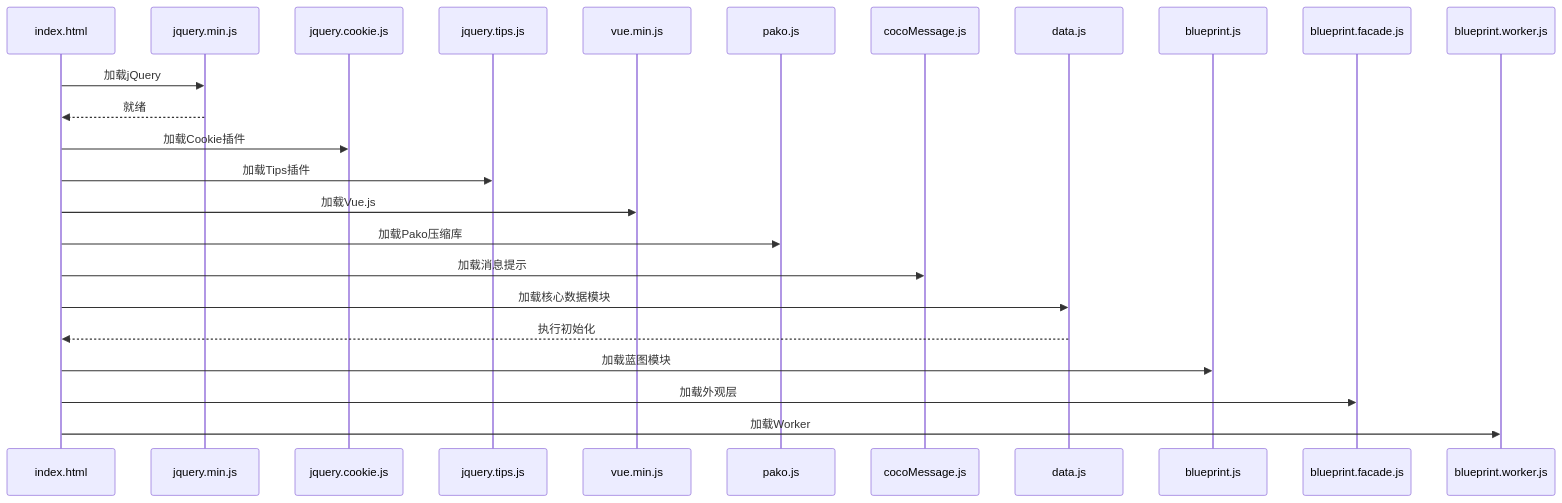
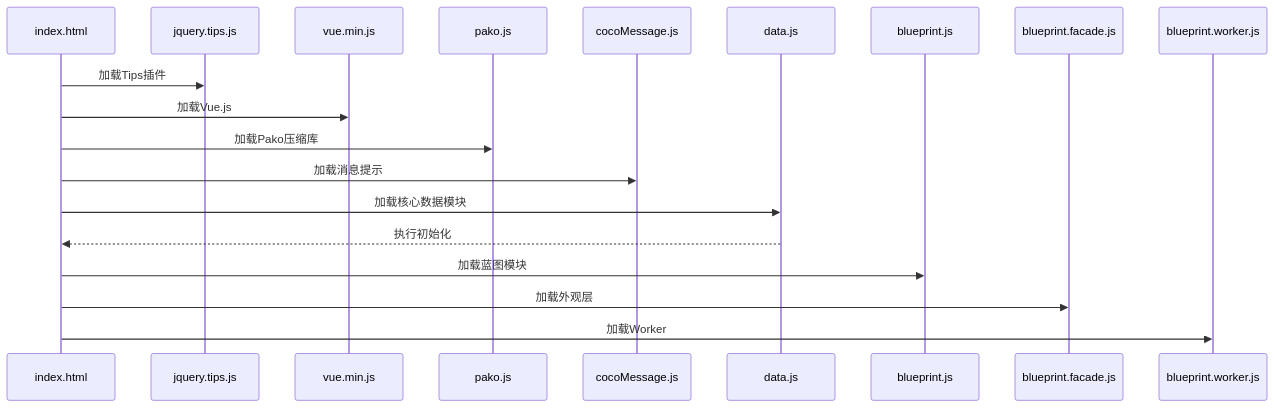
One commit to 793383996/DSQ changed the fourth of 33 diagrams in localDocs/index核心流程详细文档.md. Above: the diagram before and after it, drawn with Mermaid. The commit also changed other lines of this file and 5 other files, not shown here.

````diff
--- a/localDocs/index核心流程详细文档.md
+++ b/localDocs/index核心流程详细文档.md
@@ -176,27 +177,22 @@
 ```mermaid
 sequenceDiagram
     participant HTML as index.html
-    participant JQ as jquery.min.js
-    participant Cookie as jquery.cookie.js
     participant Tips as jquery.tips.js
     participant Vue as vue.min.js
     participant Pako as pako.js
     participant Coco as cocoMessage.js
     participant Data as data.js
     participant BP as blueprint.js
     participant Facade as blueprint.facade.js
     participant Worker as blueprint.worker.js
     
-    HTML->>JQ: 加载jQuery
-    JQ-->>HTML: 就绪
-    HTML->>Cookie: 加载Cookie插件
     HTML->>Tips: 加载Tips插件
     HTML->>Vue: 加载Vue.js
     HTML->>Pako: 加载Pako压缩库
     HTML->>Coco: 加载消息提示
     HTML->>Data: 加载核心数据模块
     Data-->>HTML: 执行初始化
     HTML->>BP: 加载蓝图模块
     HTML->>Facade: 加载外观层
     HTML->>Worker: 加载Worker
 ```
````
